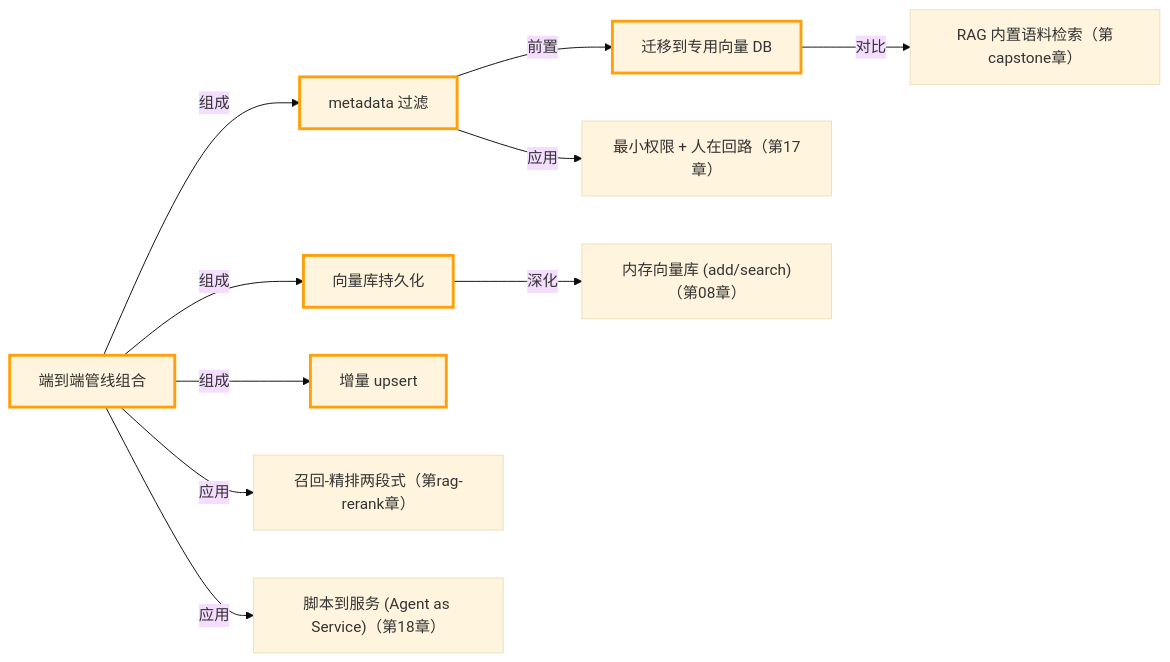
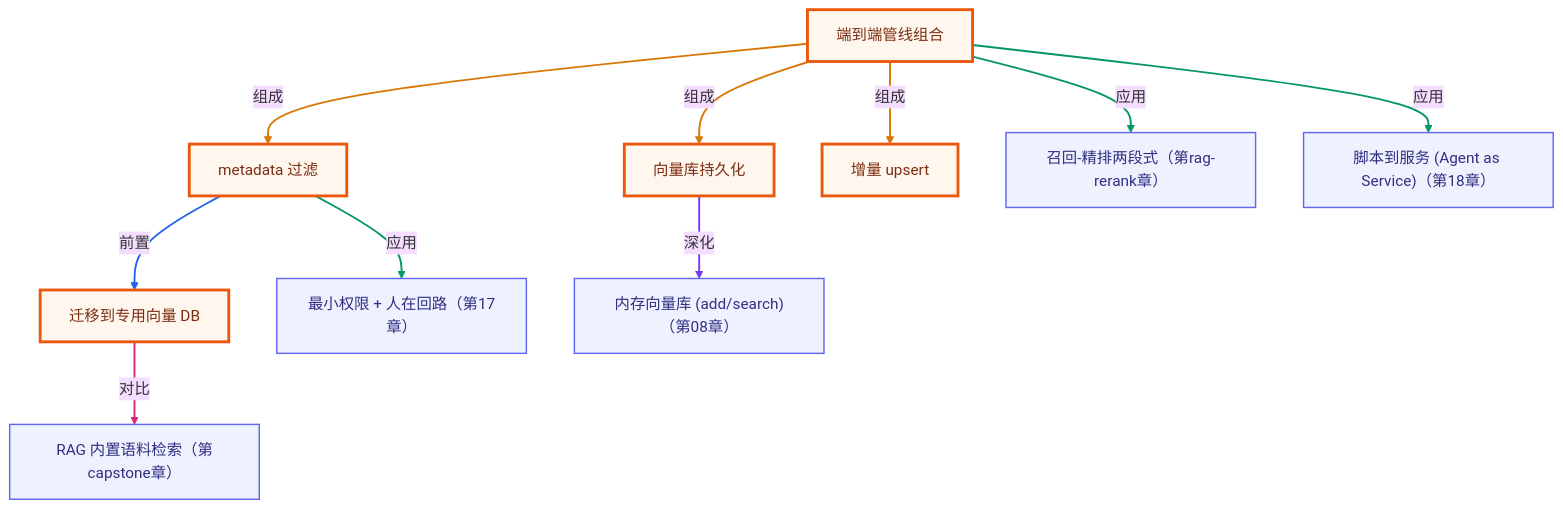
One commit to songuu/agent changed the second of 2 diagrams in rag-advanced/06-production-rag/README.md. Above: the diagram before and after it, drawn with Mermaid (base theme). The commit also changed other lines of this file and 72 other files, not shown here.

````diff
--- a/rag-advanced/06-production-rag/README.md
+++ b/rag-advanced/06-production-rag/README.md
@@ -165,27 +167,35 @@
 ```mermaid
-graph LR
+graph TB
+  classDef own fill:#fff7ed,stroke:#ea580c,stroke-width:3px,color:#7c2d12;
+  classDef cross fill:#eef2ff,stroke:#6366f1,stroke-width:1.5px,color:#312e81;
   n_cragprod_metadata_filter["metadata 过滤"]
   n_cragprod_persistence["向量库持久化"]
   n_cragprod_incremental_upsert["增量 upsert"]
   n_cragprod_pipeline_compose["端到端管线组合"]
   n_cragprod_vectordb_migration["迁移到专用向量 DB"]
   n_cragrerank_recall_precision["召回-精排两段式（第rag-rerank章）"]
   n_c17_human_in_the_loop["最小权限 + 人在回路（第17章）"]
   n_c08_vector_store["内存向量库 (add/search)（第08章）"]
   n_c18_agent_as_service["脚本到服务 (Agent as Service)（第18章）"]
   n_ccapstone_rag_corpus["RAG 内置语料检索（第capstone章）"]
   n_cragprod_pipeline_compose -->|组成| n_cragprod_metadata_filter
   n_cragprod_pipeline_compose -->|组成| n_cragprod_persistence
   n_cragprod_pipeline_compose -->|组成| n_cragprod_incremental_upsert
   n_cragprod_metadata_filter -->|前置| n_cragprod_vectordb_migration
   n_cragprod_pipeline_compose -->|应用| n_cragrerank_recall_precision
   n_cragprod_metadata_filter -->|应用| n_c17_human_in_the_loop
   n_cragprod_persistence -->|深化| n_c08_vector_store
   n_cragprod_pipeline_compose -->|应用| n_c18_agent_as_service
   n_cragprod_vectordb_migration -->|对比| n_ccapstone_rag_corpus
-  style n_cragprod_metadata_filter stroke:#ff9f0a,stroke-width:3px
-  style n_cragprod_persistence stroke:#ff9f0a,stroke-width:3px
-  style n_cragprod_incremental_upsert stroke:#ff9f0a,stroke-width:3px
-  style n_cragprod_pipeline_compose stroke:#ff9f0a,stroke-width:3px
-  style n_cragprod_vectordb_migration stroke:#ff9f0a,stroke-width:3px
+  class n_cragprod_metadata_filter,n_cragprod_persistence,n_cragprod_incremental_upsert,n_cragprod_pipeline_compose,n_cragprod_vectordb_migration own;
+  class n_cragrerank_recall_precision,n_c17_human_in_the_loop,n_c08_vector_store,n_c18_agent_as_service,n_ccapstone_rag_corpus cross;
+  linkStyle 0 stroke:#d97706,stroke-width:2px;
+  linkStyle 1 stroke:#d97706,stroke-width:2px;
+  linkStyle 2 stroke:#d97706,stroke-width:2px;
+  linkStyle 3 stroke:#2563eb,stroke-width:2px;
+  linkStyle 4 stroke:#059669,stroke-width:2px;
+  linkStyle 5 stroke:#059669,stroke-width:2px;
+  linkStyle 6 stroke:#7c3aed,stroke-width:2px;
+  linkStyle 7 stroke:#059669,stroke-width:2px;
+  linkStyle 8 stroke:#db2777,stroke-width:2px;
 ```
````
